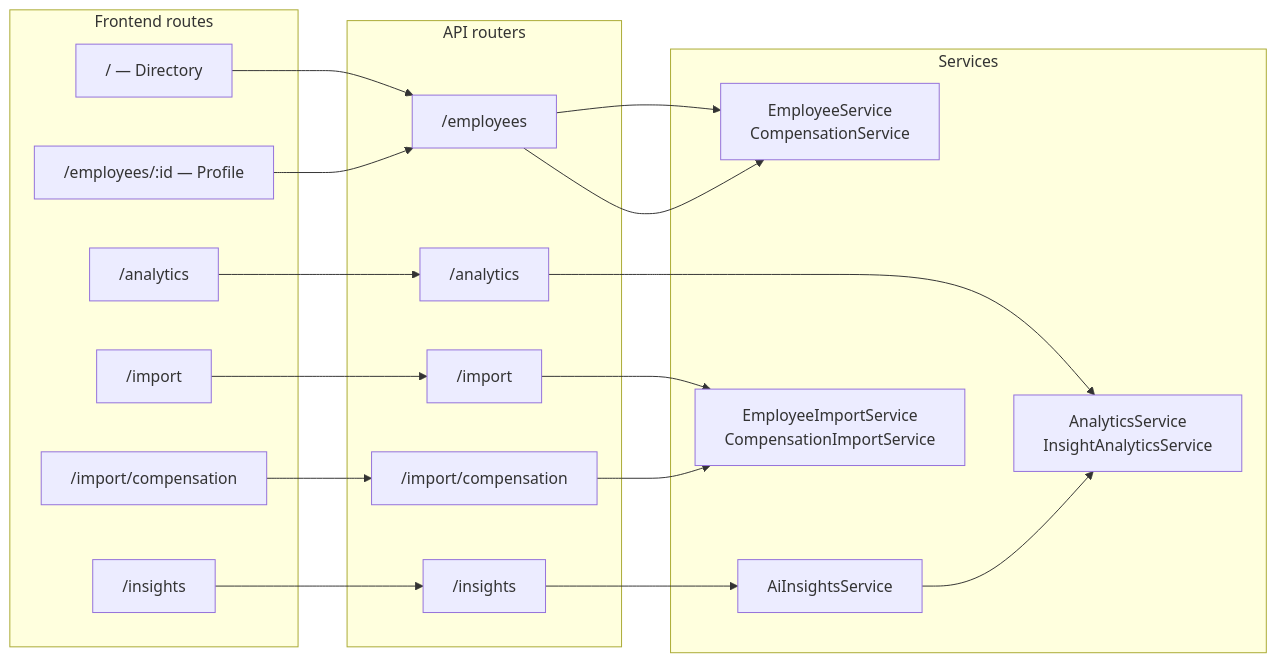
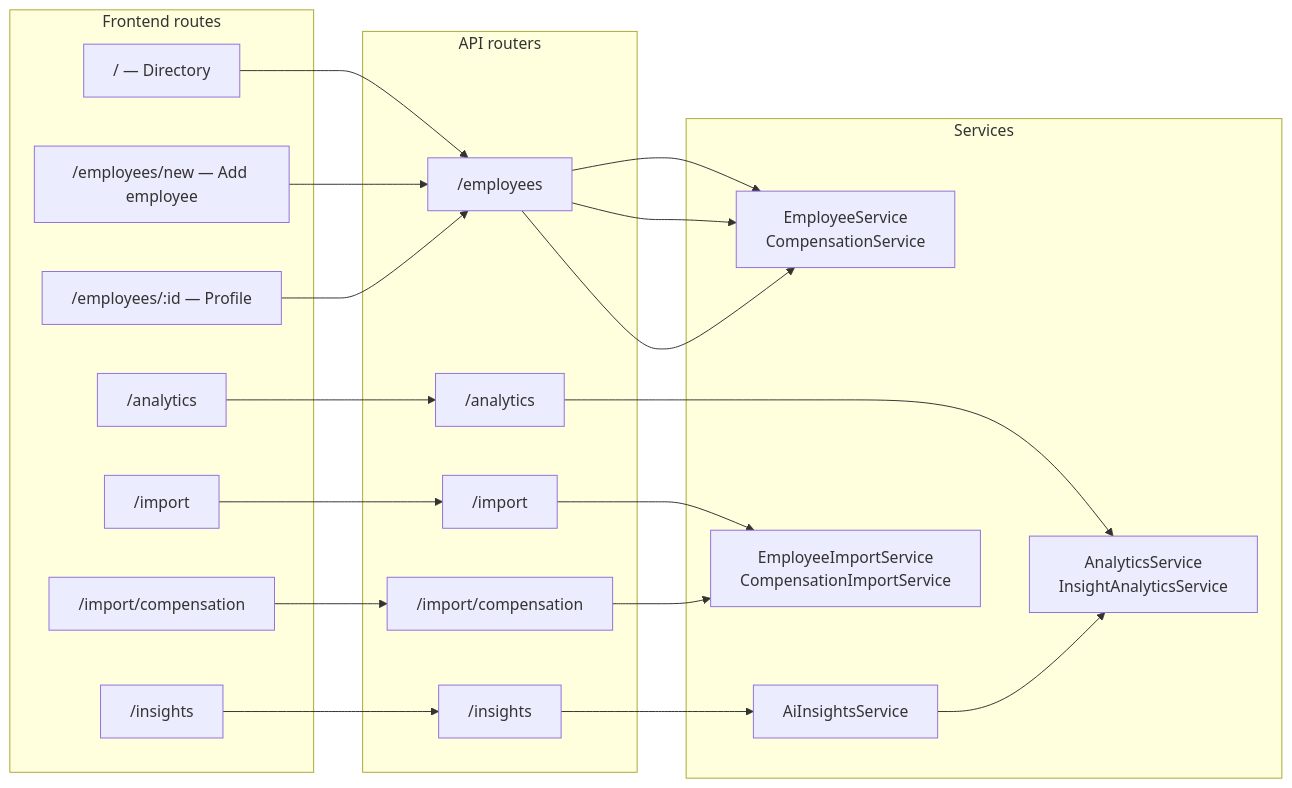
Before and after one commit to BiswajitSen/acme-salary-platform: the fifth of 6 diagrams in docs/architecture.md, drawn with Mermaid. The commit also changed other lines of this file and 5 other files, not shown here.

````diff
--- a/docs/architecture.md
+++ b/docs/architecture.md
@@ -213,34 +214,36 @@
 ```mermaid
 flowchart LR
   subgraph UI["Frontend routes"]
     R1["/ — Directory"]
+    R1a["/employees/new — Add employee"]
     R2["/employees/:id — Profile"]
     R3["/analytics"]
     R4["/insights"]
     R5["/import"]
     R6["/import/compensation"]
   end
 
   subgraph API["API routers"]
     A1["/employees"]
     A2["/analytics"]
     A3["/insights"]
     A4["/import"]
     A5["/import/compensation"]
   end
 
   subgraph Services["Services"]
     S1["EmployeeService\nCompensationService"]
     S2["AnalyticsService\nInsightAnalyticsService"]
     S3["AiInsightsService"]
     S4["EmployeeImportService\nCompensationImportService"]
   end
 
   R1 --> A1 --> S1
+  R1a --> A1 --> S1
   R2 --> A1 --> S1
   R3 --> A2 --> S2
   R4 --> A3 --> S3
   S3 --> S2
   R5 --> A4 --> S4
   R6 --> A5 --> S4
 ```
````
